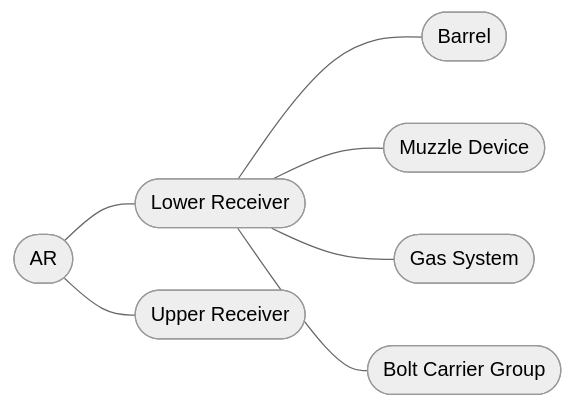
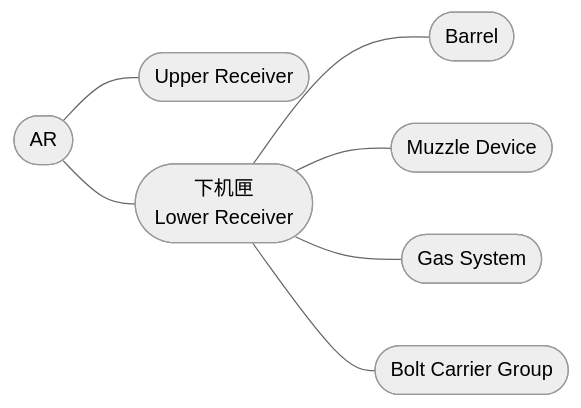
One commit to seraphdoo/BuildingGun changed the diagram in README.md. Above: the diagram before and after it, drawn with Mermaid (neutral theme).

````diff
--- a/README.md
+++ b/README.md
@@ -3,17 +3,18 @@
 ```mermaid
 
 graph LR;
   ar([AR]);
-  lo([Lower Receiver]);
   up([Upper Receiver]);
+  lo([下机匣
+  Lower Receiver]);
   barr([Barrel]);
   muzz([Muzzle Device]);
   gas([Gas System]);
   bolt([Bolt Carrier Group]);
   ar --- lo;
   ar --- up;
   lo --- barr;
   lo --- muzz;
   lo --- gas;
   lo --- bolt;
 ```
````
